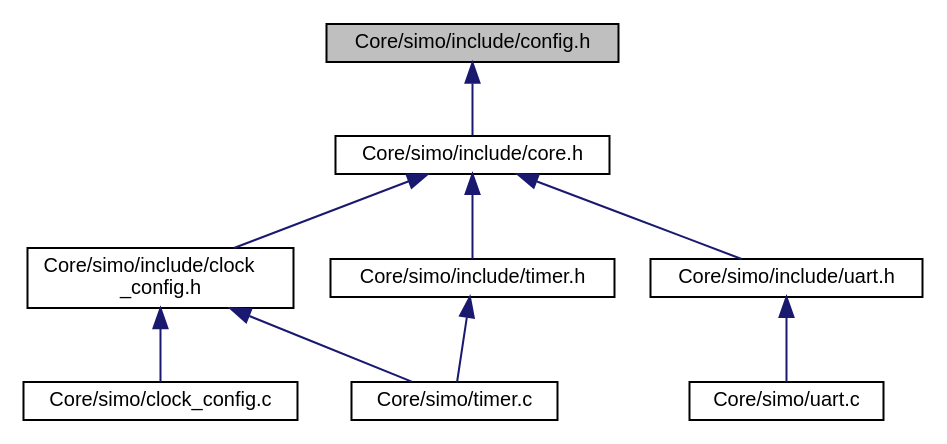
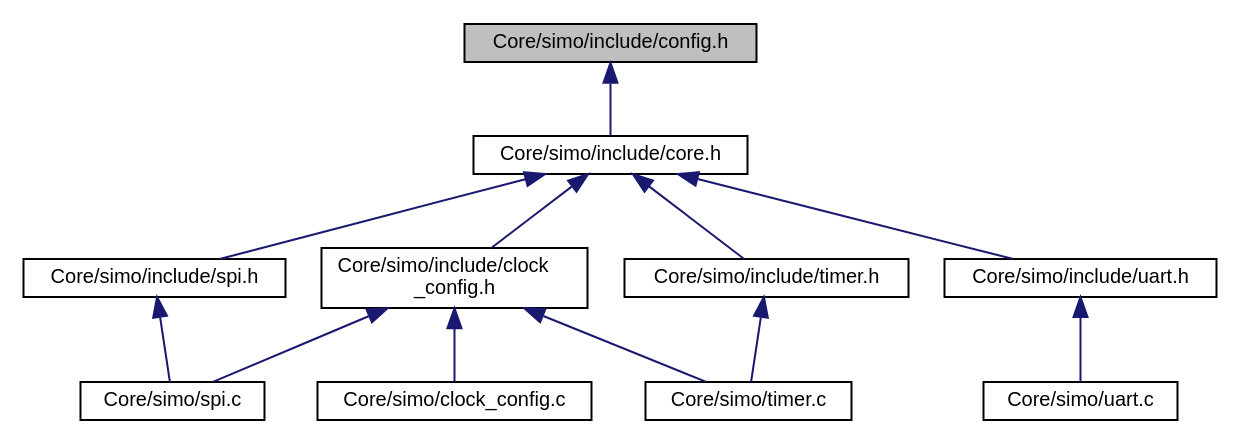
Before and after one commit to Germanvelardez2018/SIMO-STM32-framework: the diagram in docs/config_8h__dep__incl.dot, drawn with Graphviz. The commit also changed 50 other files, not shown here.

```diff
--- a/docs/config_8h__dep__incl.dot
+++ b/docs/config_8h__dep__incl.dot
@@ -1,22 +1,27 @@
 digraph "Core/simo/include/config.h"
 {
  // LATEX_PDF_SIZE
   edge [fontname="Helvetica",fontsize="10",labelfontname="Helvetica",labelfontsize="10"];
   node [fontname="Helvetica",fontsize="10",shape=record];
   Node1 [label="Core/simo/include/config.h",height=0.2,width=0.4,color="black", fillcolor="grey75", style="filled", fontcolor="black",tooltip=" "];
   Node1 -> Node2 [dir="back",color="midnightblue",fontsize="10",style="solid",fontname="Helvetica"];
   Node2 [label="Core/simo/include/core.h",height=0.2,width=0.4,color="black", fillcolor="white", style="filled",URL="$core_8h.html",tooltip=" "];
   Node2 -> Node3 [dir="back",color="midnightblue",fontsize="10",style="solid",fontname="Helvetica"];
   Node3 [label="Core/simo/include/clock\l_config.h",height=0.2,width=0.4,color="black", fillcolor="white", style="filled",URL="$clock__config_8h.html",tooltip=" "];
   Node3 -> Node4 [dir="back",color="midnightblue",fontsize="10",style="solid",fontname="Helvetica"];
   Node4 [label="Core/simo/clock_config.c",height=0.2,width=0.4,color="black", fillcolor="white", style="filled",URL="$clock__config_8c.html",tooltip=" "];
   Node3 -> Node5 [dir="back",color="midnightblue",fontsize="10",style="solid",fontname="Helvetica"];
-  Node5 [label="Core/simo/timer.c",height=0.2,width=0.4,color="black", fillcolor="white", style="filled",URL="$timer_8c.html",tooltip=" "];
-  Node2 -> Node6 [dir="back",color="midnightblue",fontsize="10",style="solid",fontname="Helvetica"];
-  Node6 [label="Core/simo/include/timer.h",height=0.2,width=0.4,color="black", fillcolor="white", style="filled",URL="$timer_8h.html",tooltip=" "];
-  Node6 -> Node5 [dir="back",color="midnightblue",fontsize="10",style="solid",fontname="Helvetica"];
+  Node5 [label="Core/simo/spi.c",height=0.2,width=0.4,color="black", fillcolor="white", style="filled",URL="$spi_8c.html",tooltip="Driver para abstraer el hardware SPI."];
+  Node3 -> Node6 [dir="back",color="midnightblue",fontsize="10",style="solid",fontname="Helvetica"];
+  Node6 [label="Core/simo/timer.c",height=0.2,width=0.4,color="black", fillcolor="white", style="filled",URL="$timer_8c.html",tooltip=" "];
   Node2 -> Node7 [dir="back",color="midnightblue",fontsize="10",style="solid",fontname="Helvetica"];
-  Node7 [label="Core/simo/include/uart.h",height=0.2,width=0.4,color="black", fillcolor="white", style="filled",URL="$uart_8h.html",tooltip=" "];
-  Node7 -> Node8 [dir="back",color="midnightblue",fontsize="10",style="solid",fontname="Helvetica"];
-  Node8 [label="Core/simo/uart.c",height=0.2,width=0.4,color="black", fillcolor="white", style="filled",URL="$uart_8c.html",tooltip=" "];
+  Node7 [label="Core/simo/include/spi.h",height=0.2,width=0.4,color="black", fillcolor="white", style="filled",URL="$spi_8h.html",tooltip="Driver para abstraer hardware SPI."];
+  Node7 -> Node5 [dir="back",color="midnightblue",fontsize="10",style="solid",fontname="Helvetica"];
+  Node2 -> Node8 [dir="back",color="midnightblue",fontsize="10",style="solid",fontname="Helvetica"];
+  Node8 [label="Core/simo/include/timer.h",height=0.2,width=0.4,color="black", fillcolor="white", style="filled",URL="$timer_8h.html",tooltip=" "];
+  Node8 -> Node6 [dir="back",color="midnightblue",fontsize="10",style="solid",fontname="Helvetica"];
+  Node2 -> Node9 [dir="back",color="midnightblue",fontsize="10",style="solid",fontname="Helvetica"];
+  Node9 [label="Core/simo/include/uart.h",height=0.2,width=0.4,color="black", fillcolor="white", style="filled",URL="$uart_8h.html",tooltip=" "];
+  Node9 -> Node10 [dir="back",color="midnightblue",fontsize="10",style="solid",fontname="Helvetica"];
+  Node10 [label="Core/simo/uart.c",height=0.2,width=0.4,color="black", fillcolor="white", style="filled",URL="$uart_8c.html",tooltip=" "];
 }
```
